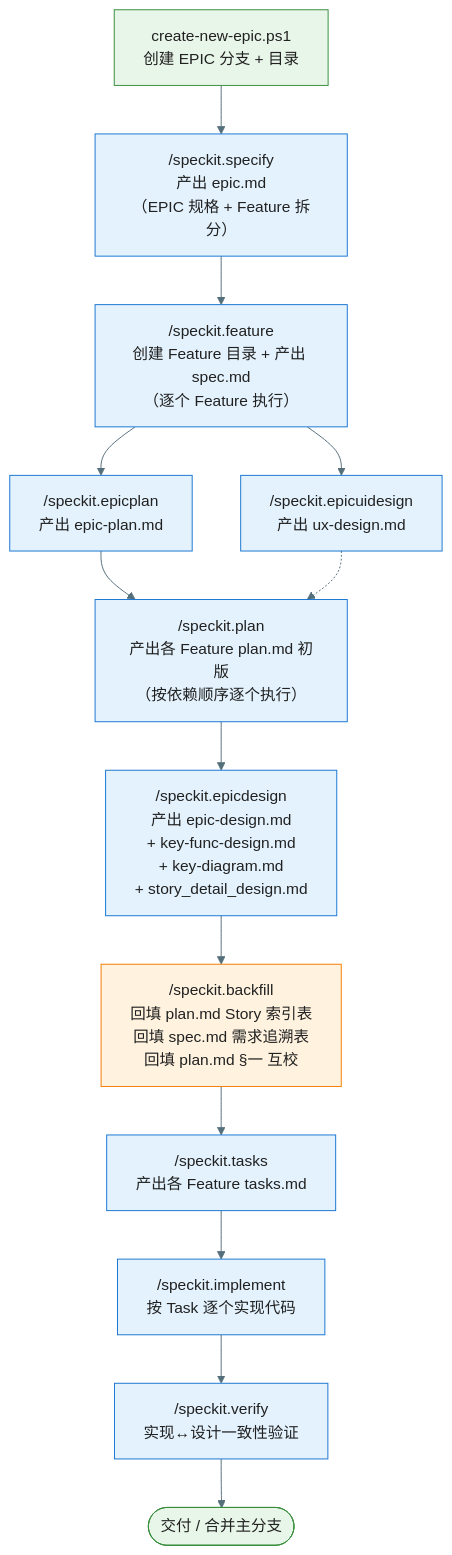
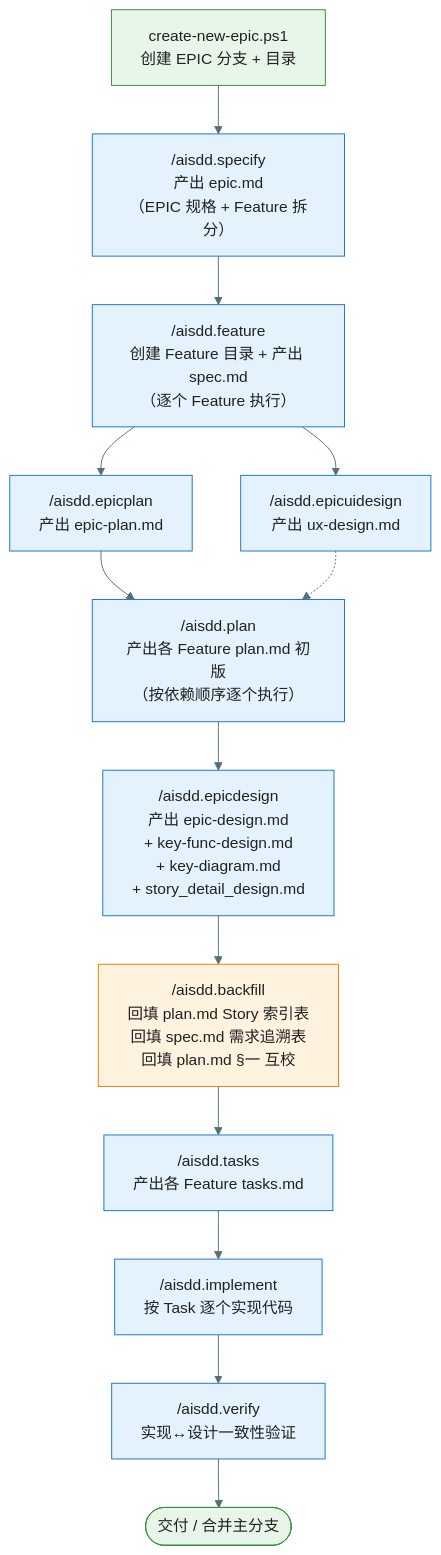
Before and after one commit to jackykarma/Verity: the third of 5 diagrams in .specify/workflow-overview.md, drawn with Mermaid. The commit also changed other lines of this file and 37 other files, not shown here.

First line of the commit message:
♻️ refactor(工作流): 将 speckit 流程统一重命名为 aisdd

````diff
--- a/.specify/workflow-overview.md
+++ b/.specify/workflow-overview.md
@@ -148,20 +148,20 @@
 ```mermaid
 %%{init: {'theme': 'base', 'themeVariables': { 'primaryColor': '#E3F2FD', 'primaryTextColor': '#212121', 'primaryBorderColor': '#1976D2', 'lineColor': '#546E7A'}}}%%
 flowchart TD
-    Step1["create-new-epic.ps1<br/>创建 EPIC 分支 + 目录"] --> Step2["/speckit.specify<br/>产出 epic.md<br/>（EPIC 规格 + Feature 拆分）"]
-    Step2 --> Step3["/speckit.feature<br/>创建 Feature 目录 + 产出 spec.md<br/>（逐个 Feature 执行）"]
-    Step3 --> Step4["/speckit.epicplan<br/>产出 epic-plan.md"]
-    Step3 --> Step5["/speckit.epicuidesign<br/>产出 ux-design.md"]
-    Step4 --> Step6["/speckit.plan<br/>产出各 Feature plan.md 初版<br/>（按依赖顺序逐个执行）"]
+    Step1["create-new-epic.ps1<br/>创建 EPIC 分支 + 目录"] --> Step2["/aisdd.specify<br/>产出 epic.md<br/>（EPIC 规格 + Feature 拆分）"]
+    Step2 --> Step3["/aisdd.feature<br/>创建 Feature 目录 + 产出 spec.md<br/>（逐个 Feature 执行）"]
+    Step3 --> Step4["/aisdd.epicplan<br/>产出 epic-plan.md"]
+    Step3 --> Step5["/aisdd.epicuidesign<br/>产出 ux-design.md"]
+    Step4 --> Step6["/aisdd.plan<br/>产出各 Feature plan.md 初版<br/>（按依赖顺序逐个执行）"]
     Step5 -.-> Step6
-    Step6 --> Step7["/speckit.epicdesign<br/>产出 epic-design.md<br/>+ key-func-design.md<br/>+ key-diagram.md<br/>+ story_detail_design.md"]
-    Step7 --> Step8["/speckit.backfill<br/>回填 plan.md Story 索引表<br/>回填 spec.md 需求追溯表<br/>回填 plan.md §一 互校"]
-    Step8 --> Step9["/speckit.tasks<br/>产出各 Feature tasks.md"]
-    Step9 --> Step10["/speckit.implement<br/>按 Task 逐个实现代码"]
-    Step10 --> Step11["/speckit.verify<br/>实现↔设计一致性验证"]
+    Step6 --> Step7["/aisdd.epicdesign<br/>产出 epic-design.md<br/>+ key-func-design.md<br/>+ key-diagram.md<br/>+ story_detail_design.md"]
+    Step7 --> Step8["/aisdd.backfill<br/>回填 plan.md Story 索引表<br/>回填 spec.md 需求追溯表<br/>回填 plan.md §一 互校"]
+    Step8 --> Step9["/aisdd.tasks<br/>产出各 Feature tasks.md"]
+    Step9 --> Step10["/aisdd.implement<br/>按 Task 逐个实现代码"]
+    Step10 --> Step11["/aisdd.verify<br/>实现↔设计一致性验证"]
     Step11 --> Step12([交付 / 合并主分支])
 
     style Step1 fill:#E8F5E9,stroke:#388E3C
     style Step12 fill:#E8F5E9,stroke:#388E3C
     style Step8 fill:#FFF3E0,stroke:#F57C00
 ```
````
